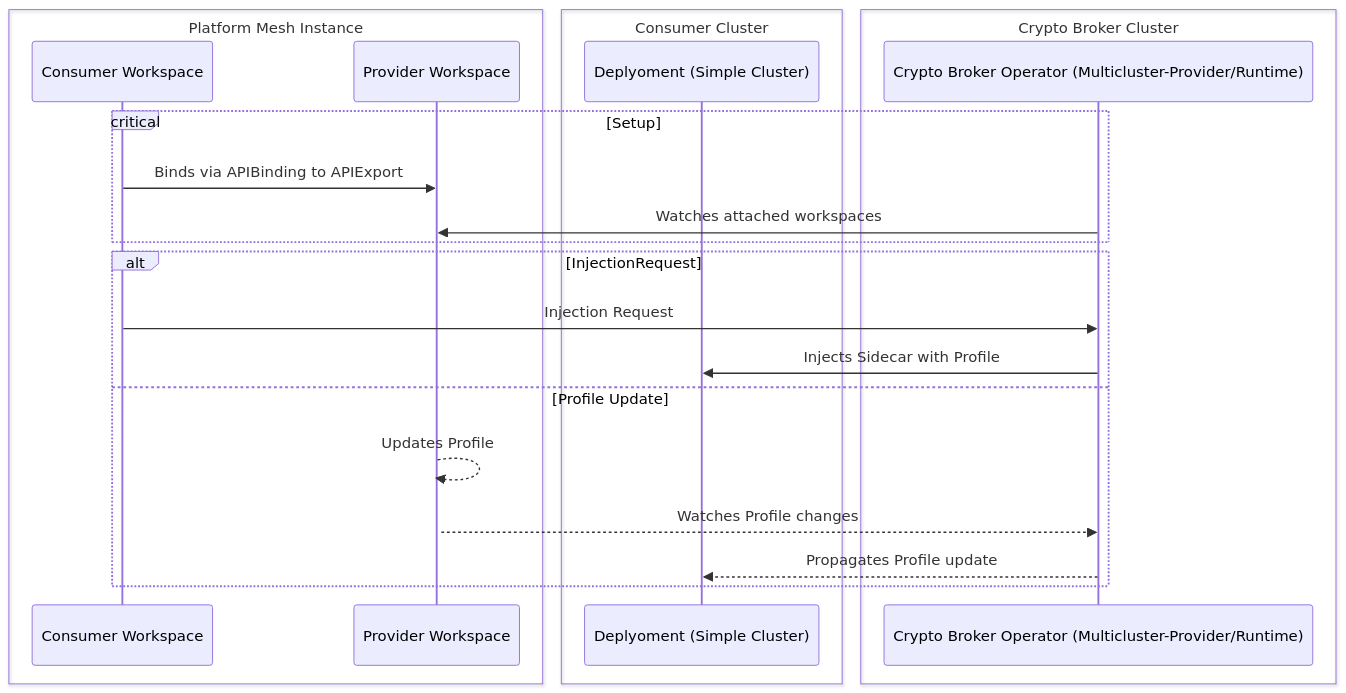
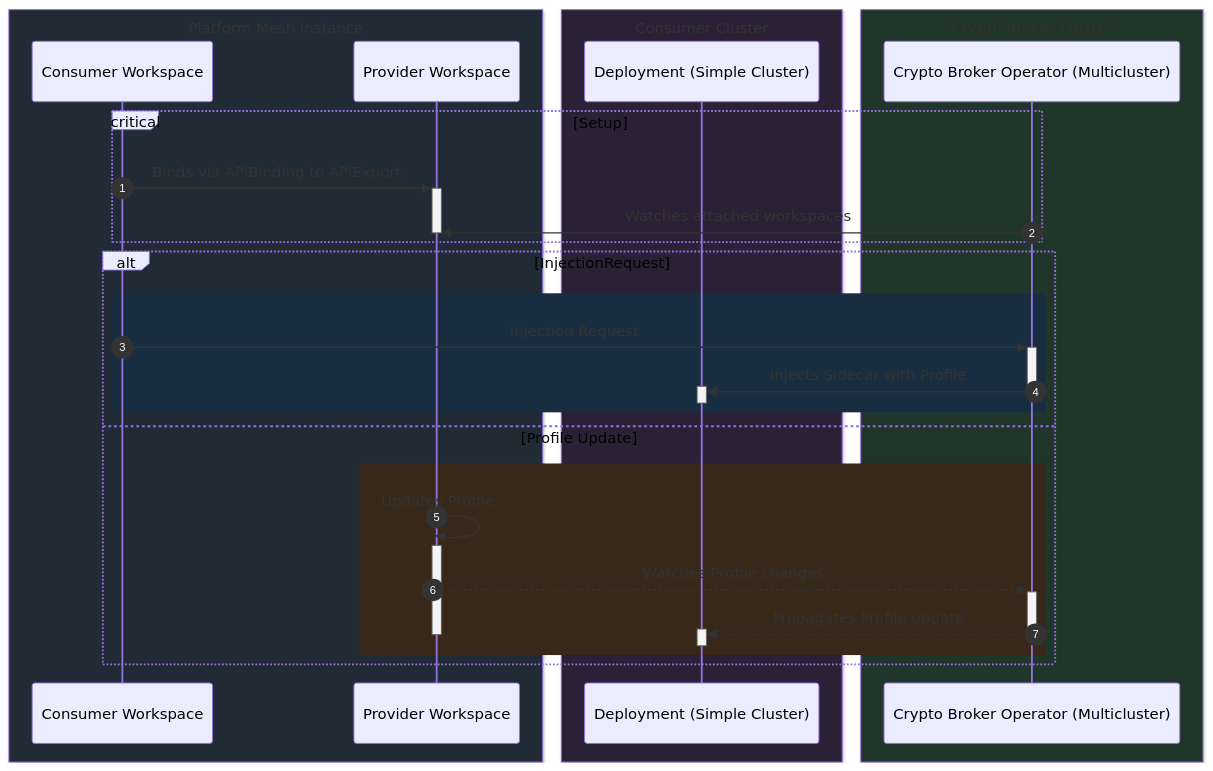
One commit to open-crypto-broker/crypto-broker-platform-mesh changed the diagram in docs/Crypto-Broker-Multicluster-Platform-Mesh.md. Above: the diagram before and after it, drawn with Mermaid.

Commit message:
feat: Adjust box colors in sequence diagram

````diff
--- a/docs/Crypto-Broker-Multicluster-Platform-Mesh.md
+++ b/docs/Crypto-Broker-Multicluster-Platform-Mesh.md
@@ -79,29 +79,41 @@
 ```mermaid
 sequenceDiagram
-    box Platform Mesh Instance
+    autonumber
+
+    box rgb(33, 43, 54) Platform Mesh Instance
     participant A as Consumer Workspace
     participant B as Provider Workspace
     end
 
-    box Consumer Cluster
-    participant D as Deplyoment (Simple Cluster)
+    box rgb(43, 33, 54) Consumer Cluster
+    participant D as Deployment (Simple Cluster)
     end
 
-    box Crypto Broker Cluster
-    participant C as Crypto Broker Operator (Multicluster-Provider/Runtime)
+    box rgb(33, 54, 43) Crypto Broker Cluster
+    participant C as Crypto Broker Operator (Multicluster)
     end
 
     critical Setup
-    A->>B: Binds via APIBinding to APIExport
-    C->>B: Watches attached workspaces
+        A->>+B: Binds via APIBinding to APIExport
+        C->>B: Watches attached workspaces
+        deactivate B
     end
 
     alt InjectionRequest
-    A->>C: Injection Request
-    C->>D: Injects Sidecar with Profile
+        rect rgb(25, 45, 65)
+            A->>+C: Injection Request
+            C->>+D: Injects Sidecar with Profile
+            deactivate C
+            deactivate D
+        end
     else Profile Update
-    B-->>+B: Updates Profile
-    B-->>C: Watches Profile changes
-    C-->>D: Propagates Profile update
+        rect rgb(55, 40, 25)
+            B->>+B: Updates Profile
+            B-->>+C: Watches Profile changes
+            C-->>+D: Propagates Profile update
+            deactivate B
+            deactivate C
+            deactivate D
+        end
     end
 ```
````
